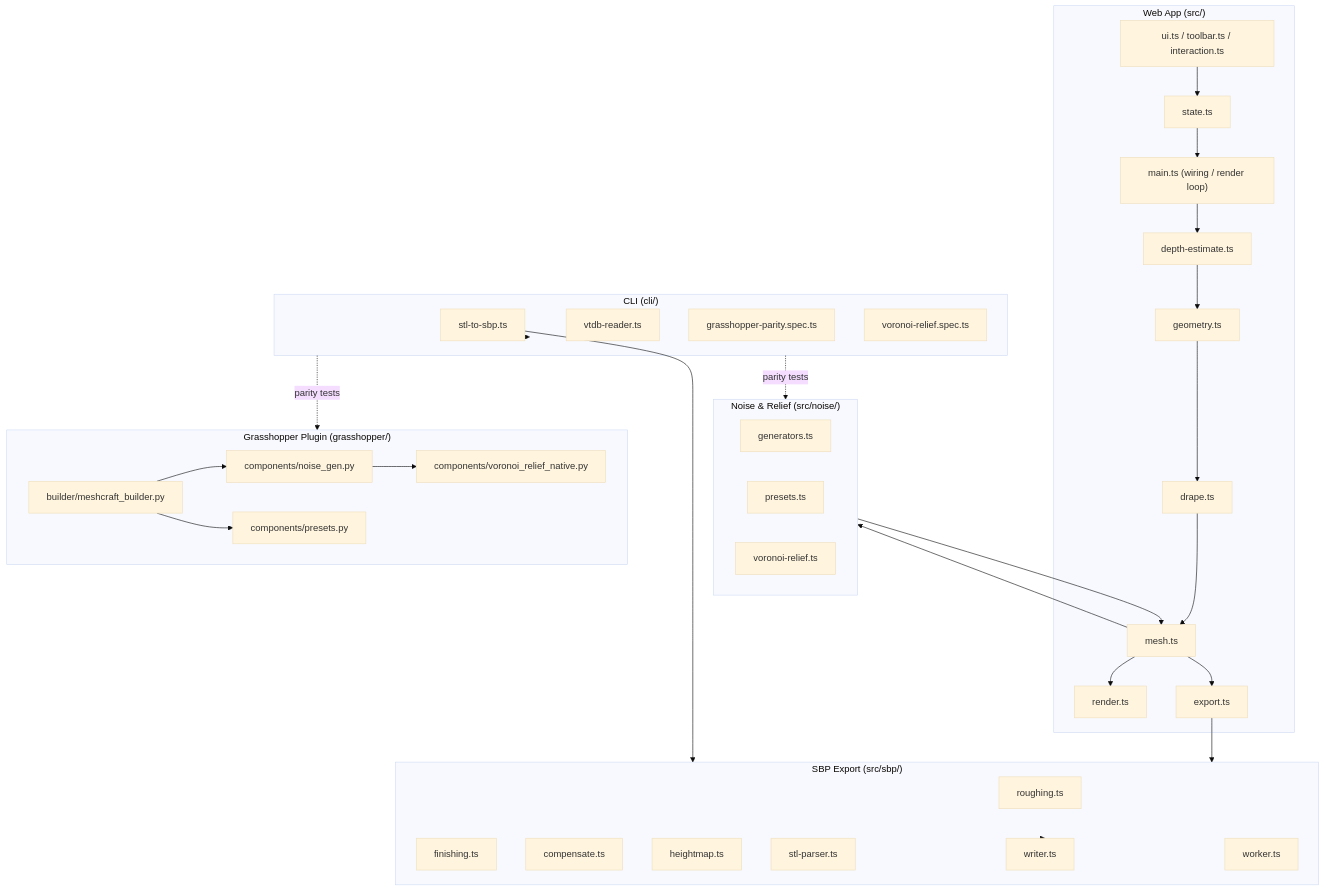
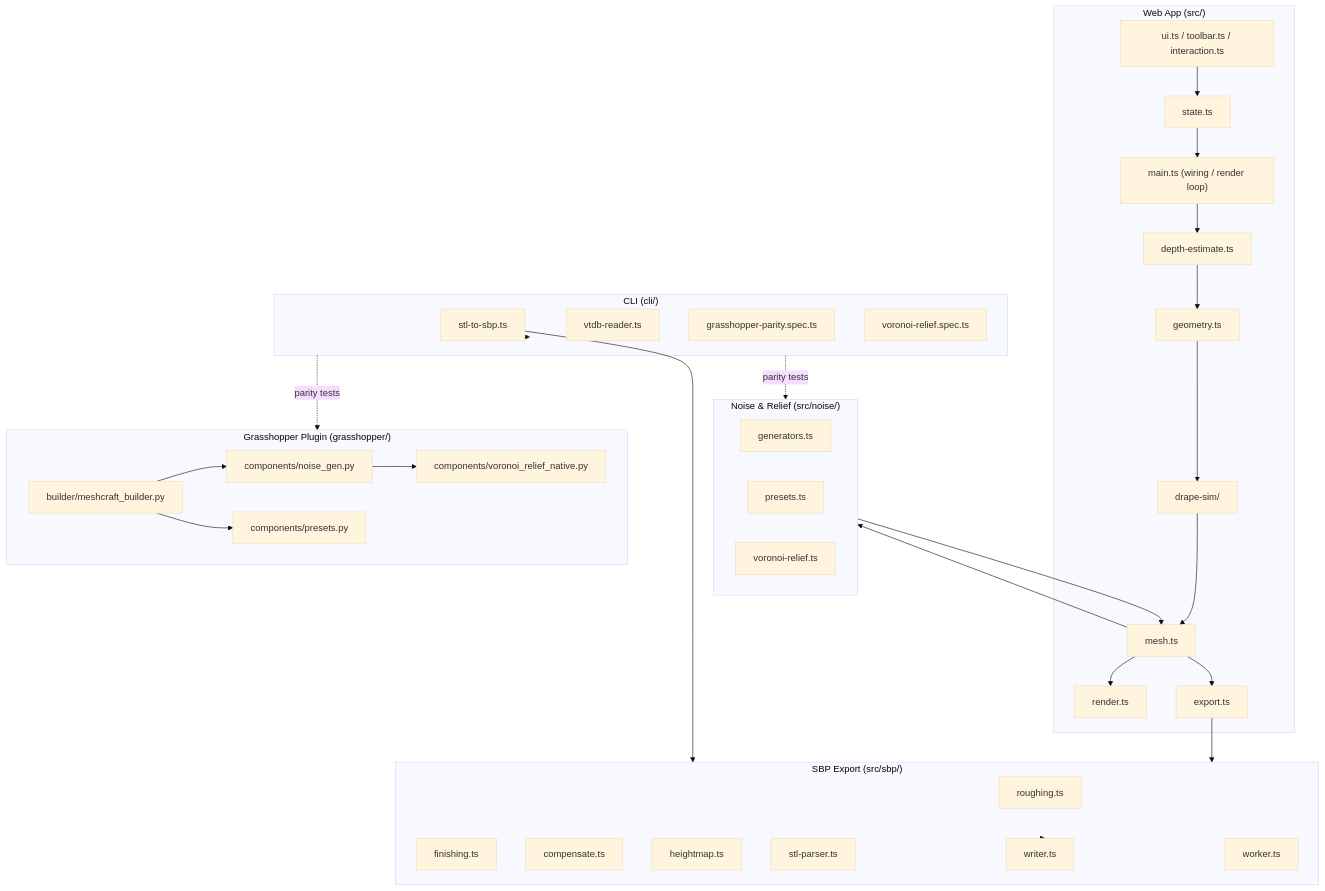
The first of 2 diagrams in CONTEXT/greptile/index.md (nsaw/mesh-maker), drawn with Mermaid (base theme) before and after one commit. The commit also changed other lines of this file and 46 other files, not shown here.

````diff
--- a/CONTEXT/greptile/index.md
+++ b/CONTEXT/greptile/index.md
@@ -22,56 +22,56 @@
 ```mermaid
 flowchart TD
     subgraph WebApp["Web App (src/)"]
         UI["ui.ts / toolbar.ts / interaction.ts"]
         State["state.ts"]
         Main["main.ts (wiring / render loop)"]
         Depth["depth-estimate.ts"]
         Geometry["geometry.ts"]
-        Drape["drape.ts"]
+        Drape["drape-sim/"]
         Mesh["mesh.ts"]
         Render["render.ts"]
         Export["export.ts"]
     end
 
     subgraph NoiseSys["Noise & Relief (src/noise/)"]
         Generators["generators.ts"]
         Presets["presets.ts"]
         Voronoi["voronoi-relief.ts"]
     end
 
     subgraph SBP["SBP Export (src/sbp/)"]
         Rough["roughing.ts"]
         Finish["finishing.ts"]
         Compensate["compensate.ts"]
         Heightmap["heightmap.ts"]
         StlParser["stl-parser.ts"]
         Writer["writer.ts"]
         Worker["worker.ts"]
     end
 
     subgraph GH["Grasshopper Plugin (grasshopper/)"]
         Builder["builder/meshcraft_builder.py"]
         GHNoise["components/noise_gen.py"]
         GHPresets["components/presets.py"]
         GHVoronoi["components/voronoi_relief_native.py"]
     end
 
     subgraph CLI["CLI (cli/)"]
         StlToSbp["stl-to-sbp.ts"]
         VtdbReader["vtdb-reader.ts"]
         ParitySpec["grasshopper-parity.spec.ts"]
         VoronoiSpec["voronoi-relief.spec.ts"]
     end
 
     UI --> State --> Main
     Main --> Depth --> Geometry --> Drape --> Mesh --> Render
     Mesh --> NoiseSys
     NoiseSys --> Mesh
     Mesh --> Export --> SBP
     SBP --> Writer
     CLI -.parity tests.-> NoiseSys
     CLI -.parity tests.-> GH
     CLI --> StlToSbp --> SBP
     Builder --> GHNoise --> GHVoronoi
     Builder --> GHPresets
 ```
````
